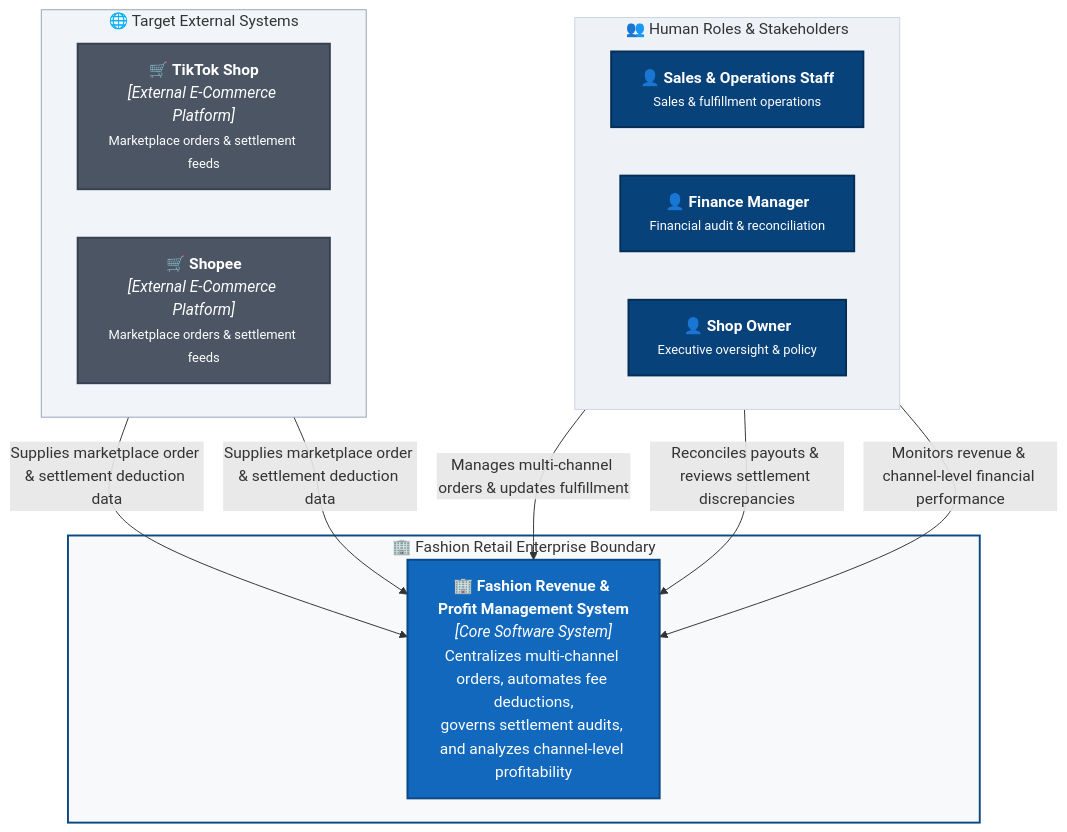
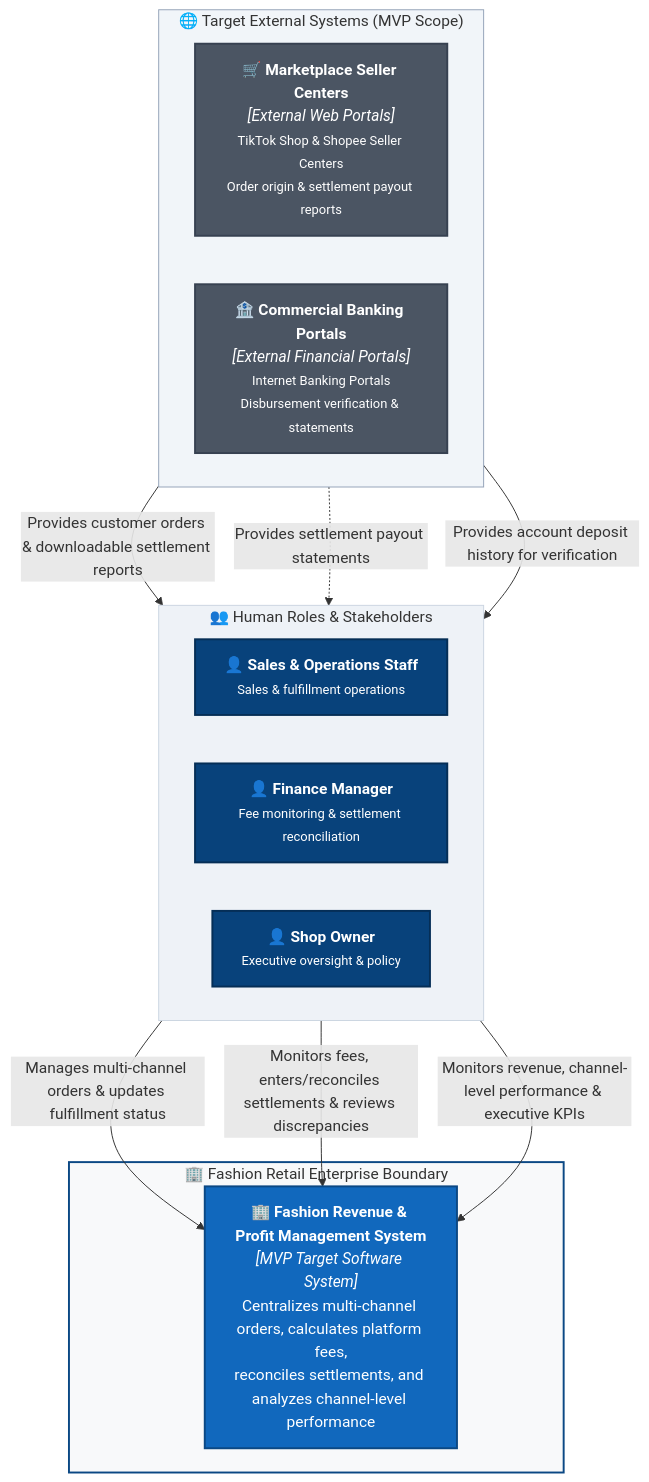
One commit to duchoa0405/Quanly_DoanhThu_LoiNhuan_DangDucHoa_VSF changed the diagram in docs/architecture/c4-context_en.md. Above: the diagram before and after it, drawn with Mermaid. The commit also changed other lines of this file, not shown here.

Commit message:
docs(c4): revise P01 Target MVP System Context and Gap Analysis according to review checklist

````diff
--- a/docs/architecture/c4-context_en.md
+++ b/docs/architecture/c4-context_en.md
@@ -82,44 +81,45 @@
 ```mermaid
 flowchart TB
     %% Human Actors
     subgraph Actors [" 👥 Human Roles & Stakeholders "]
         direction LR
         sales["👤 <b>Sales & Operations Staff</b><br/><small>Sales & fulfillment operations</small>"]
-        fin["👤 <b>Finance Manager</b><br/><small>Financial audit & reconciliation</small>"]
+        fin["👤 <b>Finance Manager</b><br/><small>Fee monitoring & settlement reconciliation</small>"]
         owner["👤 <b>Shop Owner</b><br/><small>Executive oversight & policy</small>"]
     end
 
-    %% Target External Systems
-    subgraph TargetExternalSystems [" 🌐 Target External Systems "]
+    %% Target External Systems (MVP Scope)
+    subgraph TargetExternalSystems [" 🌐 Target External Systems (MVP Scope) "]
         direction LR
-        tiktok["🛒 <b>TikTok Shop</b><br/><i>[External E-Commerce Platform]</i><br/><small>Marketplace orders & settlement feeds</small>"]
-        shopee["🛒 <b>Shopee</b><br/><i>[External E-Commerce Platform]</i><br/><small>Marketplace orders & settlement feeds</small>"]
+        mktPlace["🛒 <b>Marketplace Seller Centers</b><br/><i>[External Web Portals]</i><br/><small>TikTok Shop & Shopee Seller Centers<br/>Order origin & settlement payout reports</small>"]
+        bankPortal["🏦 <b>Commercial Banking Portals</b><br/><i>[External Financial Portals]</i><br/><small>Internet Banking Portals<br/>Disbursement verification & statements</small>"]
     end
 
-    %% Central System Boundary
+    %% Central Software System
     subgraph EnterpriseBoundary [" 🏢 Fashion Retail Enterprise Boundary "]
-        system["🏢 <b>Fashion Revenue & Profit Management System</b><br/><i>[Core Software System]</i><br/>Centralizes multi-channel orders, automates fee deductions,<br/>governs settlement audits, and analyzes channel-level profitability"]
+        system["🏢 <b>Fashion Revenue & Profit Management System</b><br/><i>[MVP Target Software System]</i><br/>Centralizes multi-channel orders, calculates platform fees,<br/>reconciles settlements, and analyzes channel-level performance"]
     end
 
     %% Business Relationships - Actors to System
-    sales -->|"Manages multi-channel orders & updates fulfillment"| system
-    fin -->|"Reconciles payouts & reviews settlement discrepancies"| system
-    owner -->|"Monitors revenue & channel-level financial performance"| system
+    sales -->|"Manages multi-channel orders & updates fulfillment status"| system
+    fin -->|"Monitors fees, enters/reconciles settlements & reviews discrepancies"| system
+    owner -->|"Monitors revenue, channel-level performance & executive KPIs"| system
 
-    %% Business Relationships - External Systems to Core System
-    tiktok -->|"Supplies marketplace order & settlement deduction data"| system
-    shopee -->|"Supplies marketplace order & settlement deduction data"| system
+    %% Business Relationships - External Portals to Human Workflows in MVP
+    mktPlace -->|"Provides customer orders & downloadable settlement reports"| sales
+    mktPlace -.->|"Provides settlement payout statements"| fin
+    bankPortal -->|"Provides account deposit history for verification"| fin
 
     %% Styling
     classDef personStyle fill:#08427b,stroke:#052e56,color:#ffffff,stroke-width:2px;
     classDef systemStyle fill:#1168bd,stroke:#0b4884,color:#ffffff,stroke-width:2px;
     classDef extStyle fill:#4b5563,stroke:#374151,color:#ffffff,stroke-width:2px;
 
     class sales,fin,owner personStyle;
     class system systemStyle;
-    class tiktok,shopee extStyle;
+    class mktPlace,bankPortal extStyle;
 
     style EnterpriseBoundary fill:#f8f9fa,stroke:#0b4884,stroke-width:2px;
     style Actors fill:#eef2f7,stroke:#cbd5e1,stroke-width:1px;
     style TargetExternalSystems fill:#f1f5f9,stroke:#94a3b8,stroke-width:1px;
 ```
````
